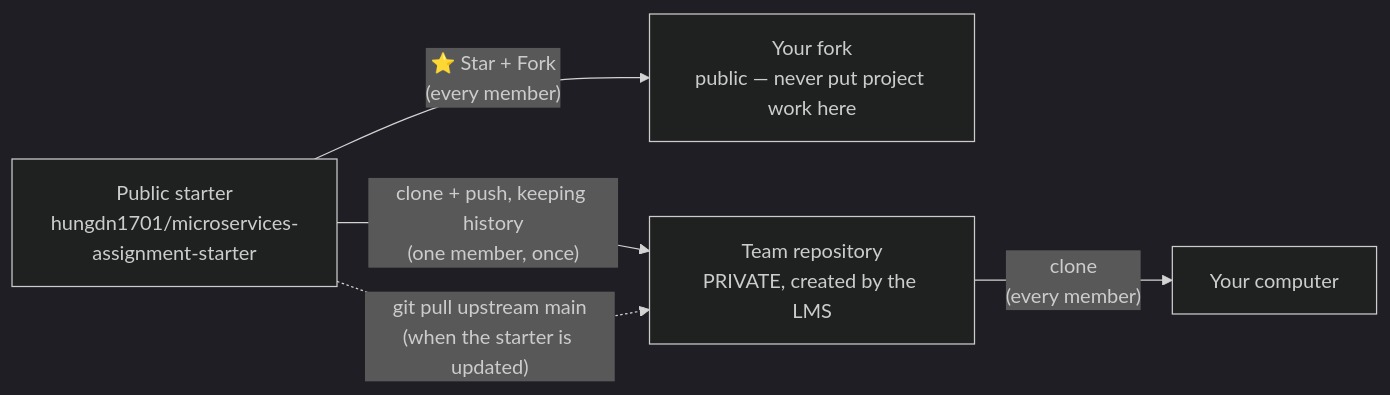
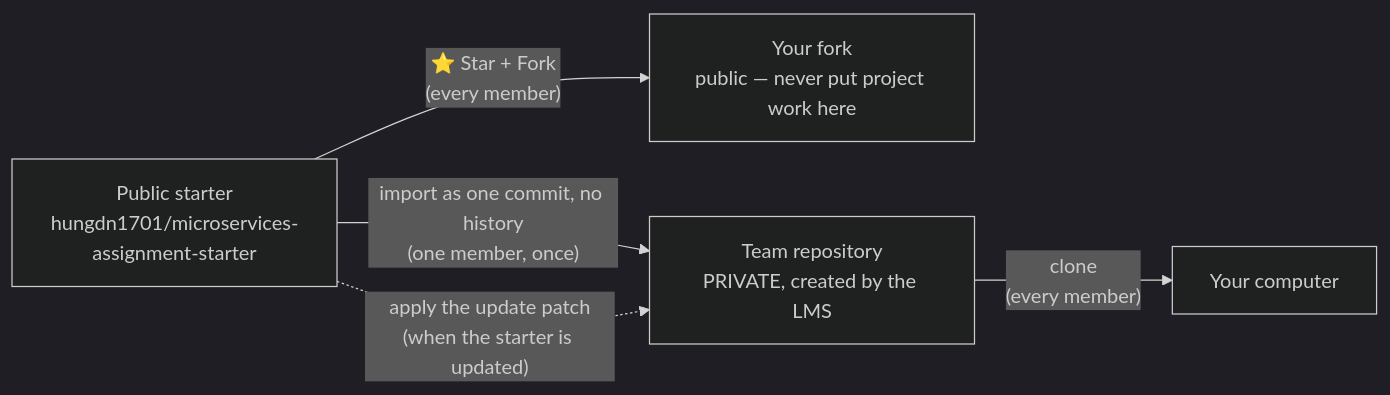
The diagram in docs/student-guide.md (hungdn1701/microservices-assignment-starter), drawn with Mermaid (dark theme) before and after one commit. The commit also changed other lines of this file and 1 other file, not shown here.

First line of the commit message:
v1.2.2: import the starter without its history (#8)

````diff
--- a/docs/student-guide.md
+++ b/docs/student-guide.md
@@ -16,7 +16,7 @@
 ```mermaid
 flowchart LR
     S["Public starter<br/>hungdn1701/microservices-assignment-starter"] -->|"⭐ Star + Fork<br/>(every member)"| F["Your fork<br/>public — never put project work here"]
-    S -->|"clone + push, keeping history<br/>(one member, once)"| T["Team repository<br/>PRIVATE, created by the LMS"]
+    S -->|"import as one commit, no history<br/>(one member, once)"| T["Team repository<br/>PRIVATE, created by the LMS"]
     T -->|"clone<br/>(every member)"| L["Your computer"]
-    S -.->|"git pull upstream main<br/>(when the starter is updated)"| T
+    S -.->|"apply the update patch<br/>(when the starter is updated)"| T
 ```
````
